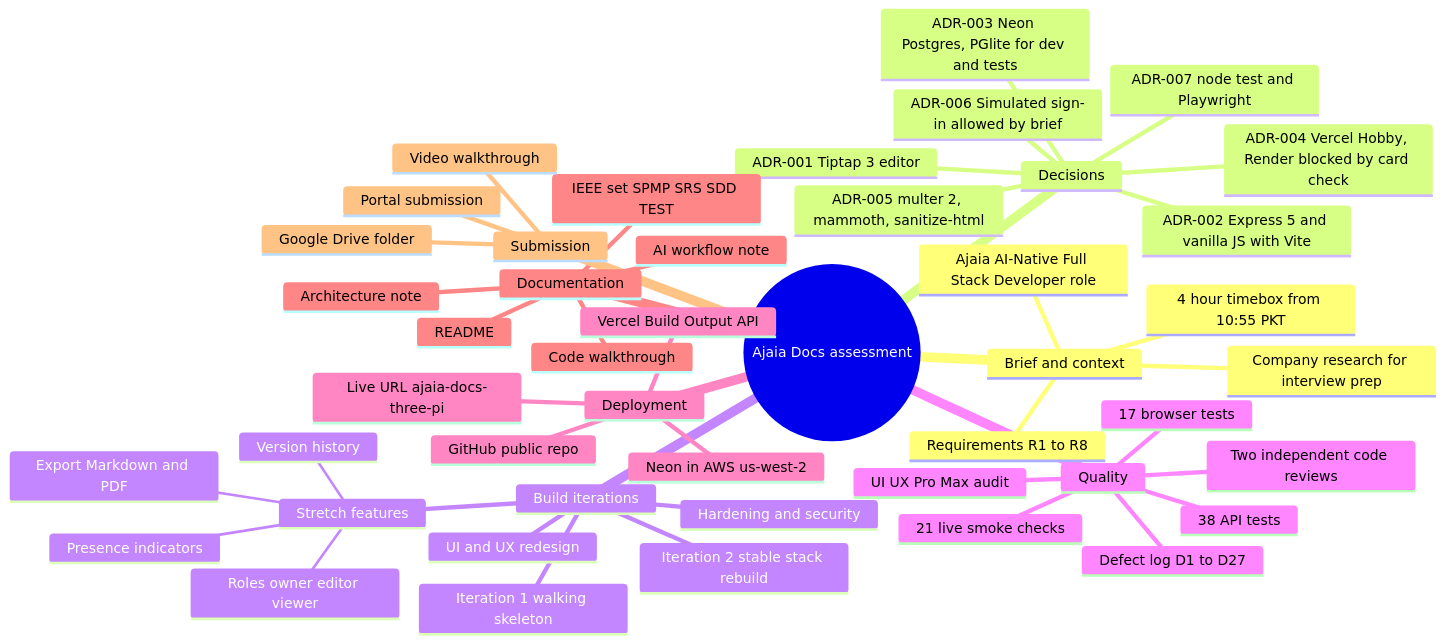
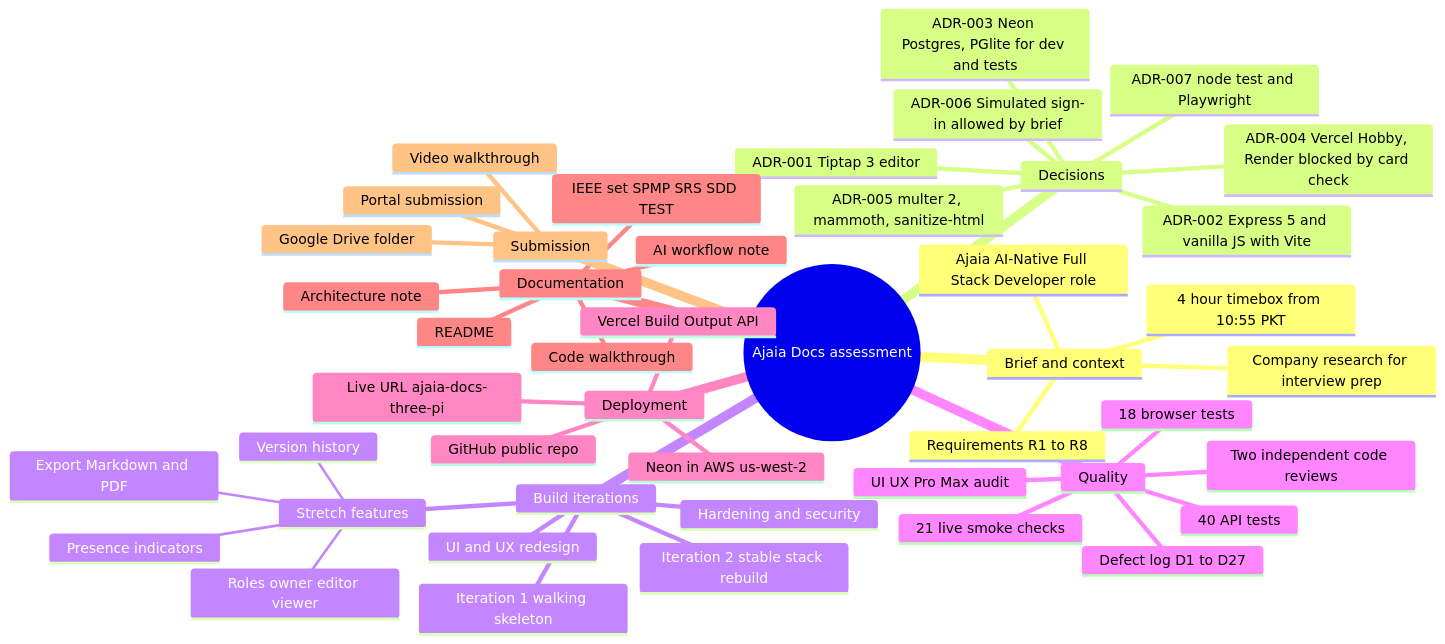
Before and after one commit to Danish-Ahmed-Head/ajaia-docs: the first of 7 diagrams in docs/ieee/00-INDEX.md, drawn with Mermaid. The commit also changed 18 other files, not shown here.

Commit message:
Fix 8 defects from second independent review: import size limit, save/delete race, server-enforced session expiry, DB timeouts, lighter access checks, drop-while-dialog, Ctrl+Shift+S, touch tablet layout; 40 API + 18 E2E tests

````diff
--- a/docs/ieee/00-INDEX.md
+++ b/docs/ieee/00-INDEX.md
@@ -28,49 +28,49 @@
 ```mermaid
 mindmap
   root(("Ajaia Docs assessment"))
     Brief and context
       Ajaia AI-Native Full Stack Developer role
       4 hour timebox from 10:55 PKT
       Company research for interview prep
       Requirements R1 to R8
     Decisions
       ADR-001 Tiptap 3 editor
       ADR-002 Express 5 and vanilla JS with Vite
       ADR-003 Neon Postgres, PGlite for dev and tests
       ADR-004 Vercel Hobby, Render blocked by card check
       ADR-005 multer 2, mammoth, sanitize-html
       ADR-006 Simulated sign-in allowed by brief
       ADR-007 node test and Playwright
     Build iterations
       Iteration 1 walking skeleton
       Iteration 2 stable stack rebuild
       Hardening and security
       UI and UX redesign
       Stretch features
         Version history
         Presence indicators
         Export Markdown and PDF
         Roles owner editor viewer
     Quality
-      38 API tests
-      17 browser tests
+      40 API tests
+      18 browser tests
       21 live smoke checks
       Two independent code reviews
       UI UX Pro Max audit
       Defect log D1 to D27
     Deployment
       GitHub public repo
       Vercel Build Output API
       Neon in AWS us-west-2
       Live URL ajaia-docs-three-pi
     Documentation
       README
       Architecture note
       AI workflow note
       IEEE set SPMP SRS SDD TEST
       Code walkthrough
     Submission
       Video walkthrough
       Google Drive folder
       Portal submission
 ```
````
